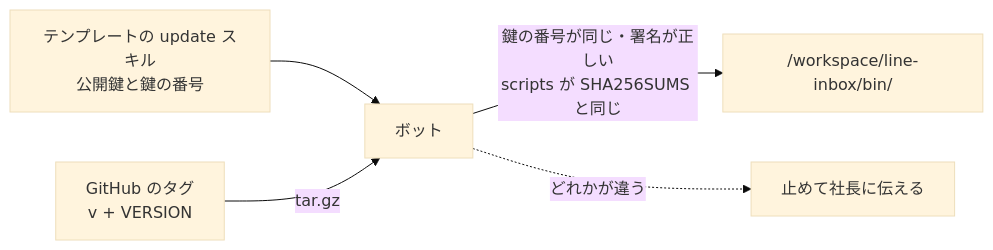
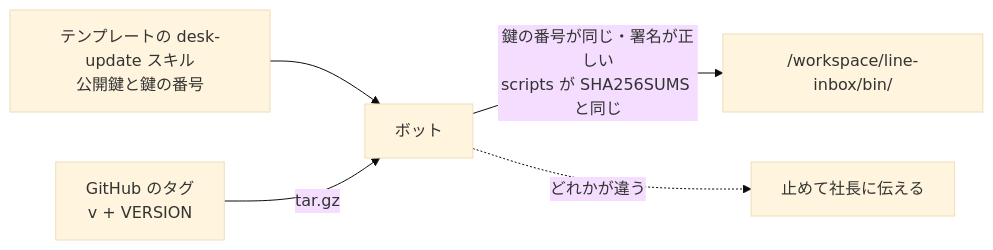
Before and after one commit to keesmark/grok-bot-line-desk: the diagram in README.md, drawn with Mermaid (base theme). The commit also changed other lines of this file and 18 other files, not shown here.

````diff
--- a/README.md
+++ b/README.md
@@ -26,7 +26,7 @@
 ```mermaid
 flowchart LR
-  K[テンプレートの update スキル<br>公開鍵と鍵の番号] --> B[ボット]
+  K[テンプレートの desk-update スキル<br>公開鍵と鍵の番号] --> B[ボット]
   R[GitHub のタグ<br>v + VERSION] -->|tar.gz| B
   B -->|鍵の番号が同じ・署名が正しい<br>scripts が SHA256SUMS と同じ| W["/workspace/line-inbox/bin/"]
   B -.->|どれかが違う| S[止めて社長に伝える]
 ```
````
